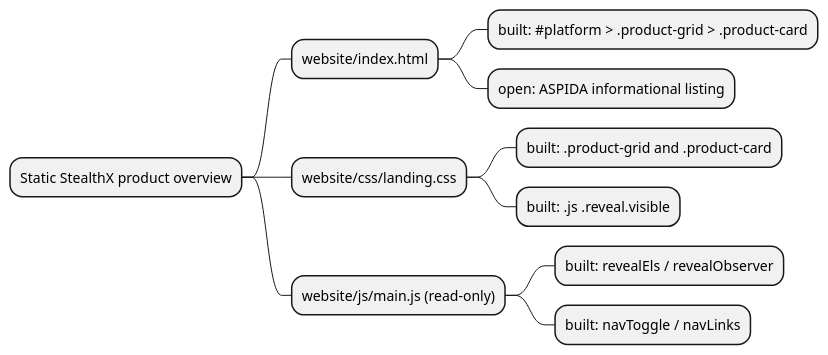
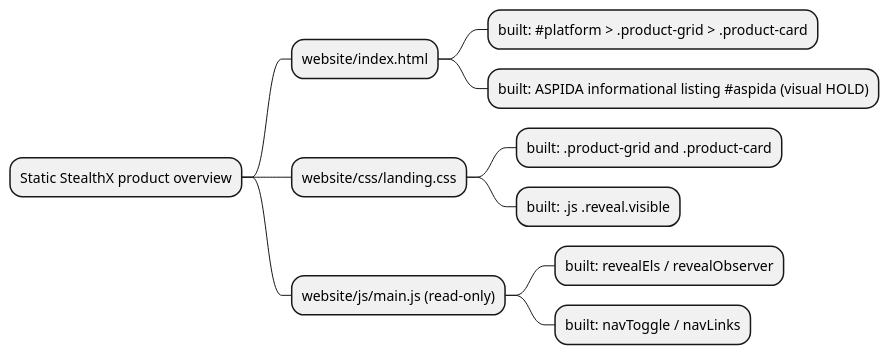
One commit to NeaBouli/stealth changed the first of 2 diagrams in docs/architecture/map.puml. Above: the diagram before and after it, drawn with PlantUML. The commit also changed other lines of this file and 5 other files, not shown here.

Commit message:
docs: record built ASPIDA website candidate and visual hold

```diff
--- a/docs/architecture/map.puml
+++ b/docs/architecture/map.puml
@@ -1,12 +1,12 @@
 @startmindmap
 * Static StealthX product overview
 ** website/index.html
 *** built: #platform > .product-grid > .product-card
-*** open: ASPIDA informational listing
+*** built: ASPIDA informational listing #aspida (visual HOLD)
 ** website/css/landing.css
 *** built: .product-grid and .product-card
 *** built: .js .reveal.visible
 ** website/js/main.js (read-only)
 *** built: revealEls / revealObserver
 *** built: navToggle / navLinks
 @endmindmap
```
